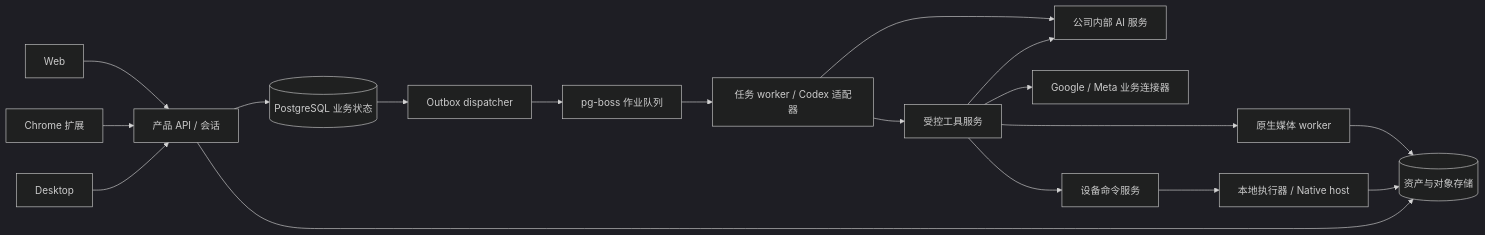
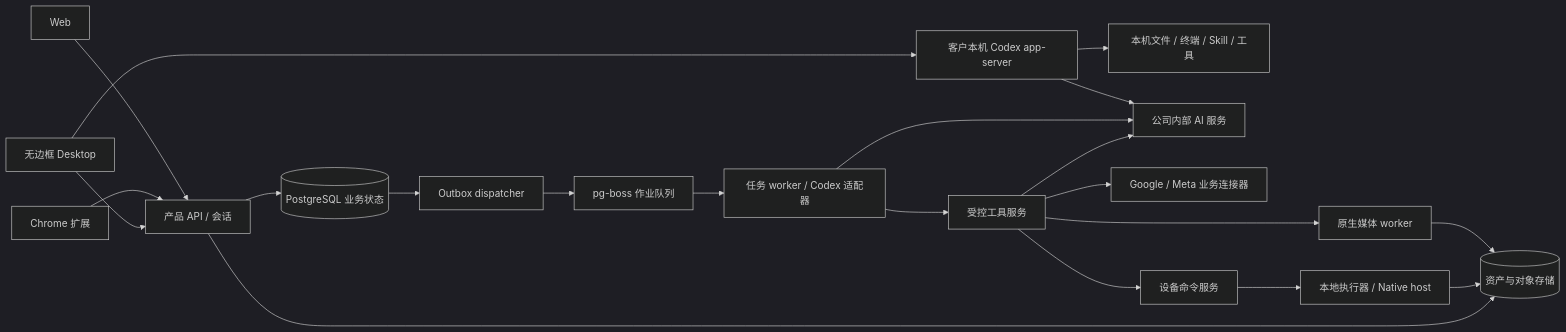
One commit to copypasteltd/workmate changed the diagram in docs/technical/01-architecture-and-stack.md. Above: the diagram before and after it, drawn with Mermaid (dark theme). The commit also changed other lines of this file and 147 other files, not shown here.

````diff
--- a/docs/technical/01-architecture-and-stack.md
+++ b/docs/technical/01-architecture-and-stack.md
@@ -32,20 +33,23 @@
 ```mermaid
 flowchart LR
     W[Web] --> A[产品 API / 会话]
     X[Chrome 扩展] --> A
-    D[Desktop] --> A
+    D[无边框 Desktop] --> A
+    D --> C[客户本机 Codex app-server]
+    C --> N[本机文件 / 终端 / Skill / 工具]
+    C --> G[公司内部 AI 服务]
     A --> P[(PostgreSQL 业务状态)]
     P --> O[Outbox dispatcher]
     O --> Q[pg-boss 作业队列]
     Q --> R[任务 worker / Codex 适配器]
-    R --> G[公司内部 AI 服务]
+    R --> G
     R --> T[受控工具服务]
     T --> G
     T --> B[Google / Meta 业务连接器]
     T --> V[原生媒体 worker]
     T --> L[设备命令服务]
     L --> E[本地执行器 / Native host]
     V --> S[(资产与对象存储)]
     E --> S
     A --> S
 ```
````
